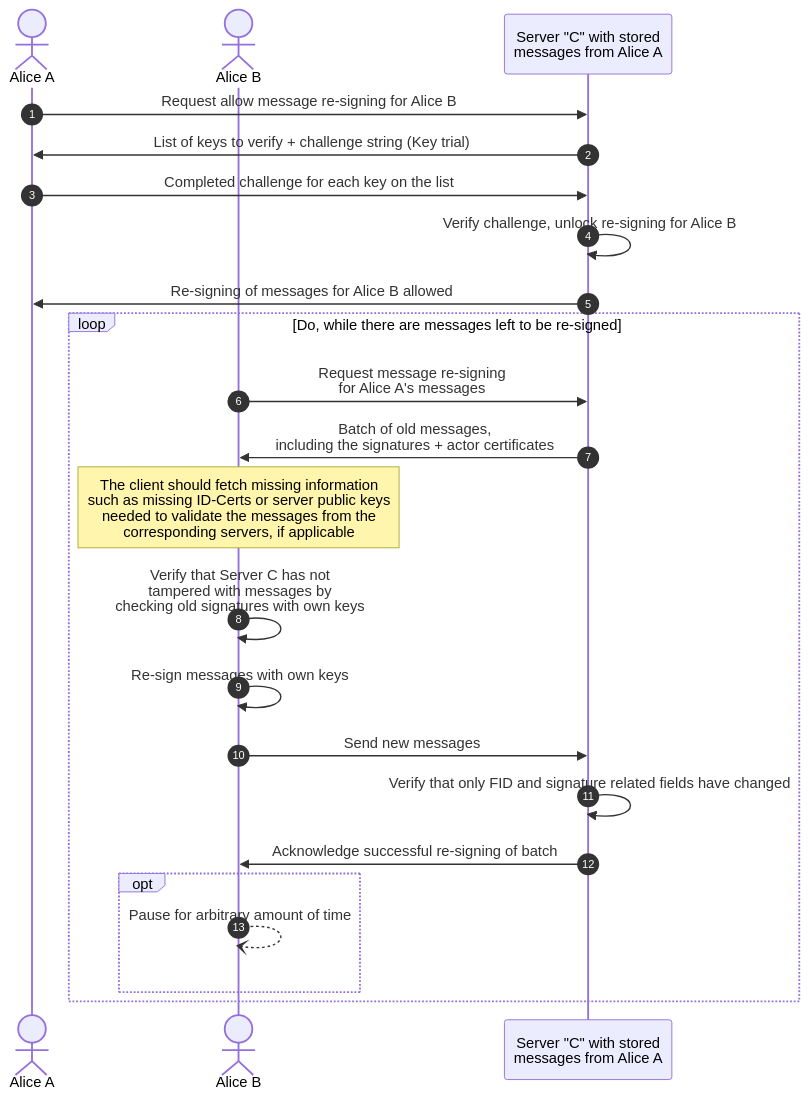
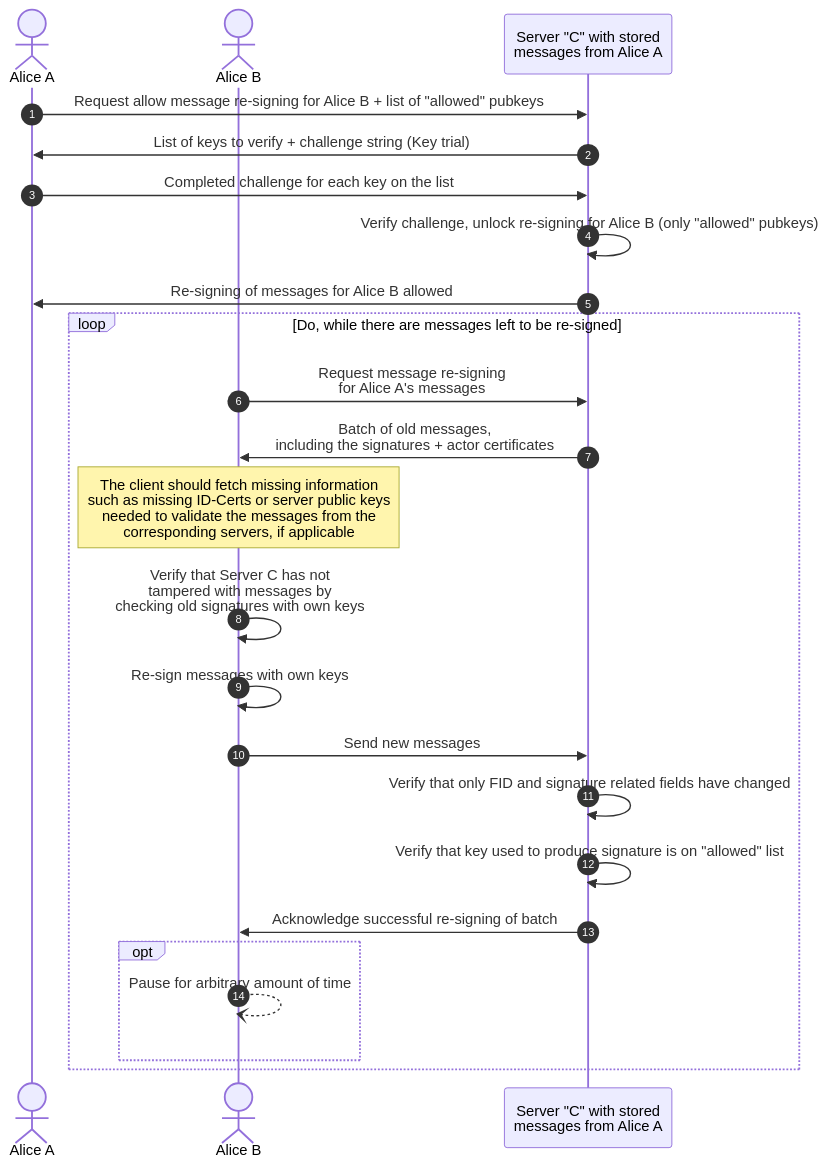
Before and after one commit to polyphony-chat/docs: the sixth of 8 diagrams in docs/Protocol Specifications/core.md, drawn with Mermaid. The commit also changed other lines of this file, not shown here.

Commit message:
Update message re-signing security model Add "allowed" pubkey list for re-signing messages

````diff
--- a/docs/Protocol Specifications/core.md
+++ b/docs/Protocol Specifications/core.md
@@ -963,27 +964,28 @@
 ```mermaid
 sequenceDiagram
 autonumber
 
 actor aa as Alice A
 actor ab as Alice B
 participant sc as Server "C" with stored<br/>messages from Alice A
 
-aa->>sc: Request allow message re-signing for Alice B
+aa->>sc: Request allow message re-signing for Alice B + list of "allowed" pubkeys
 sc->>aa: List of keys to verify + challenge string (Key trial)
 aa->>sc: Completed challenge for each key on the list
-sc->>sc: Verify challenge, unlock re-signing for Alice B
+sc->>sc: Verify challenge, unlock re-signing for Alice B (only "allowed" pubkeys)
 sc->>aa: Re-signing of messages for Alice B allowed
 loop Do, while there are messages left to be re-signed
   ab->>sc: Request message re-signing<br/>for Alice A's messages
   sc->>ab: Batch of old messages,<br/>including the signatures + actor certificates
     Note over ab: The client should fetch missing information<br/>such as missing ID-Certs or server public keys<br/>needed to validate the messages from the<br/>corresponding servers, if applicable
   ab->>ab: Verify that Server C has not<br/>tampered with messages by<br/>checking old signatures with own keys
   ab->>ab: Re-sign messages with own keys
   ab->>sc: Send new messages
   sc->>sc: Verify that only FID and signature related fields have changed
+  sc->>sc: Verify that key used to produce signature is on "allowed" list
   sc->>ab: Acknowledge successful re-signing of batch
   opt
     ab--)ab: Pause for arbitrary amount of time
   end
 end
 ```
````
